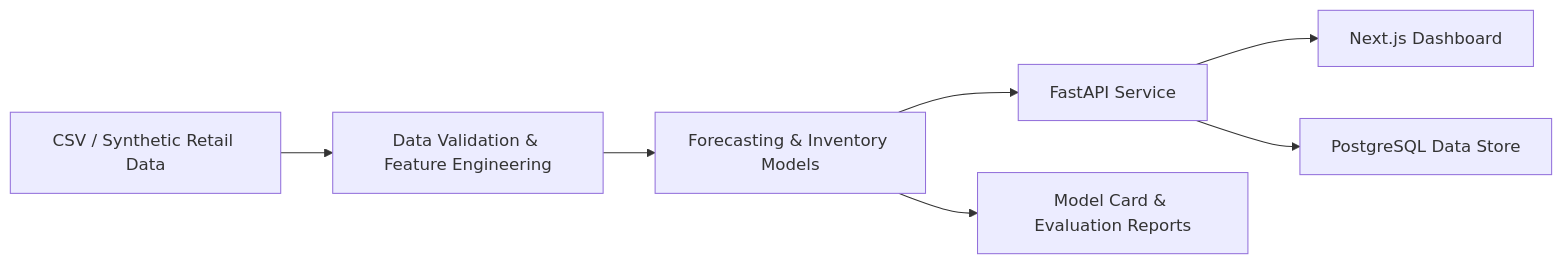
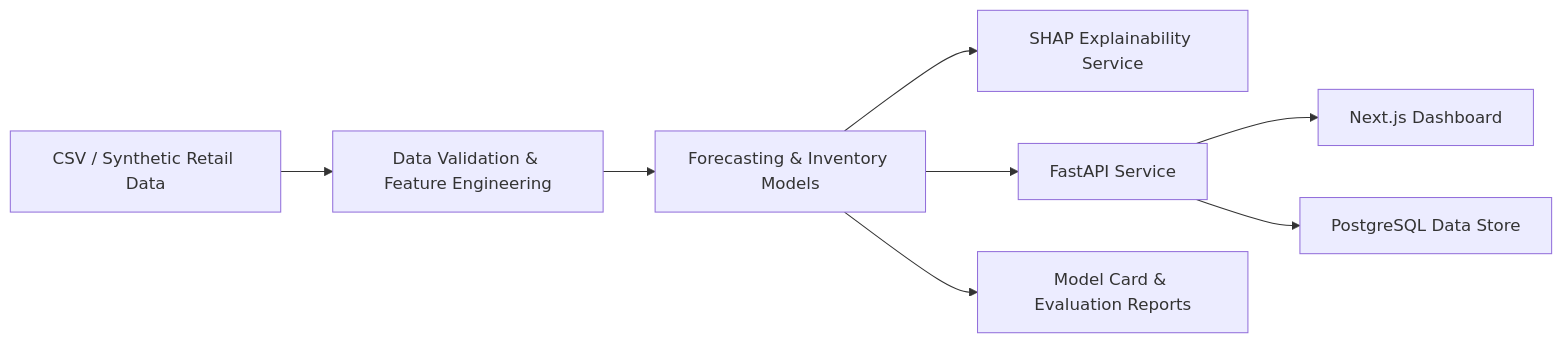
Before and after one commit to akash360-coder/Demand-Forecasting-Inventory-Optimization: the diagram in docs/architecture.md, drawn with Mermaid. The commit also changed other lines of this file and 26 other files, not shown here.

````diff
--- a/docs/architecture.md
+++ b/docs/architecture.md
@@ -3,9 +13,10 @@
 ```mermaid
 flowchart LR
   A[CSV / Synthetic Retail Data] --> B[Data Validation & Feature Engineering]
   B --> C[Forecasting & Inventory Models]
+  C --> H[SHAP Explainability Service]
   C --> D[FastAPI Service]
   D --> E[Next.js Dashboard]
   D --> F[PostgreSQL Data Store]
   C --> G[Model Card & Evaluation Reports]
 ```
````
